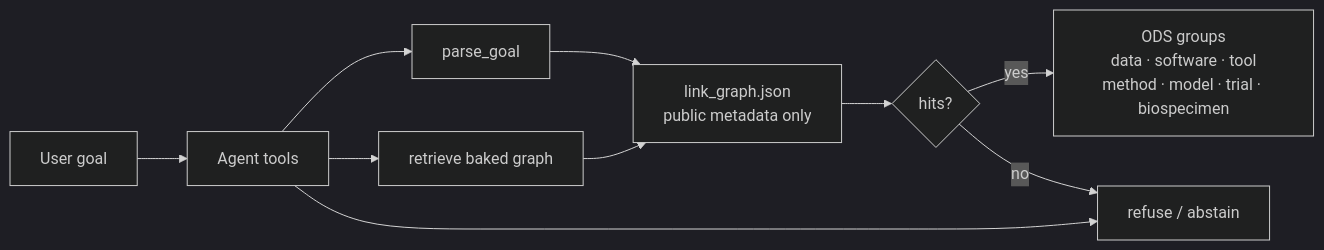
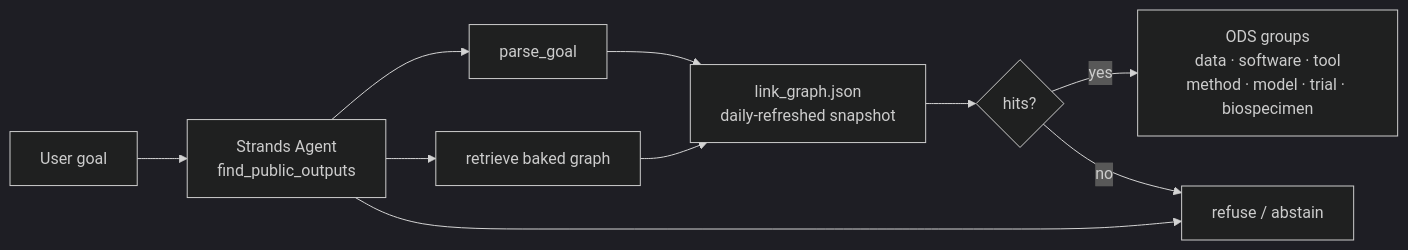
Before and after one commit to qxiong888/cancer-output-atlas: the first of 2 diagrams in docs/architecture.md, drawn with Mermaid (dark theme). The commit also changed other lines of this file and 4 other files, not shown here.

Commit message:
Align public docs with live Strands find and demo framing.

````diff
--- a/docs/architecture.md
+++ b/docs/architecture.md
@@ -11,12 +11,12 @@
 ```mermaid
 flowchart LR
-  U["User goal"] --> A["Agent tools"]
+  U["User goal"] --> A["Strands Agent<br/>find_public_outputs"]
   A --> P["parse_goal"]
   A --> R["retrieve baked graph"]
   A --> X["refuse / abstain"]
-  P --> G["link_graph.json<br/>public metadata only"]
+  P --> G["link_graph.json<br/>daily-refreshed snapshot"]
   R --> G
   G --> H{hits?}
   H -->|yes| O["ODS groups<br/>data · software · tool<br/>method · model · trial · biospecimen"]
   H -->|no| X
 ```
````
